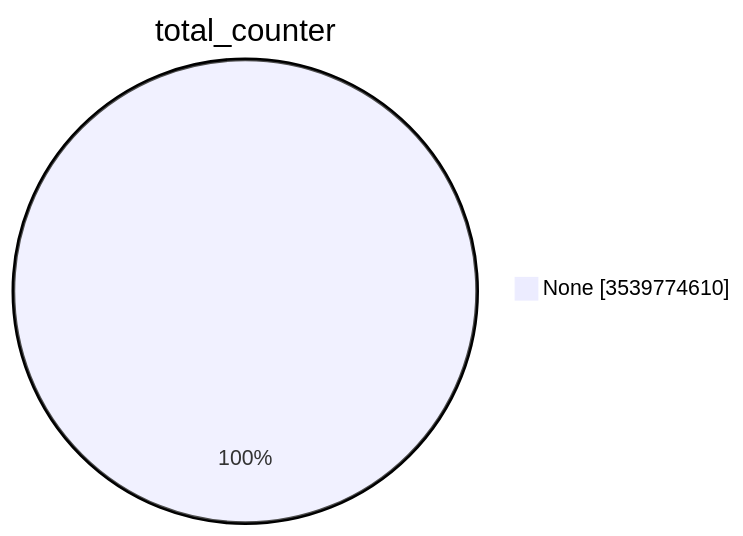
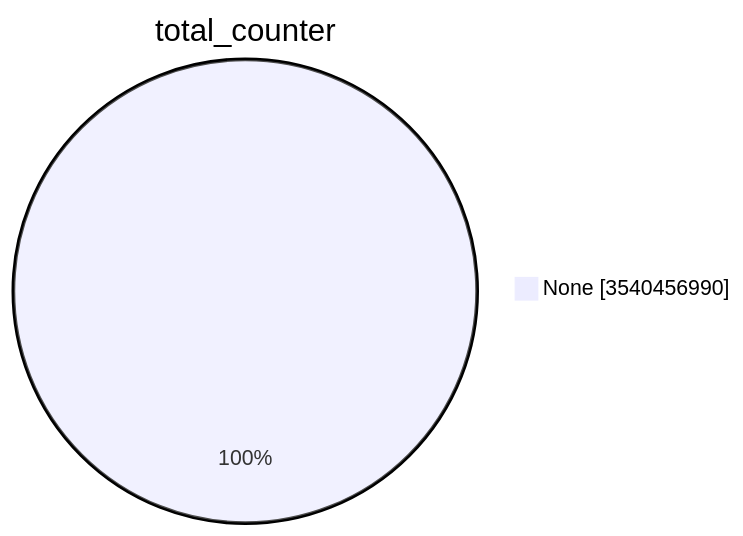
One commit to christiankrug/ctmonitor_visualization changed the first of 15 diagrams in TOTAL/README.md. Above: the diagram before and after it, drawn with Mermaid. The commit also changed other lines of this file, not shown here.

````diff
--- a/TOTAL/README.md
+++ b/TOTAL/README.md
@@ -1,5 +1,5 @@
 ```mermaid
 pie showData
 title total_counter
-"None" :3539774610
+"None" :3540456990
 ```
````
